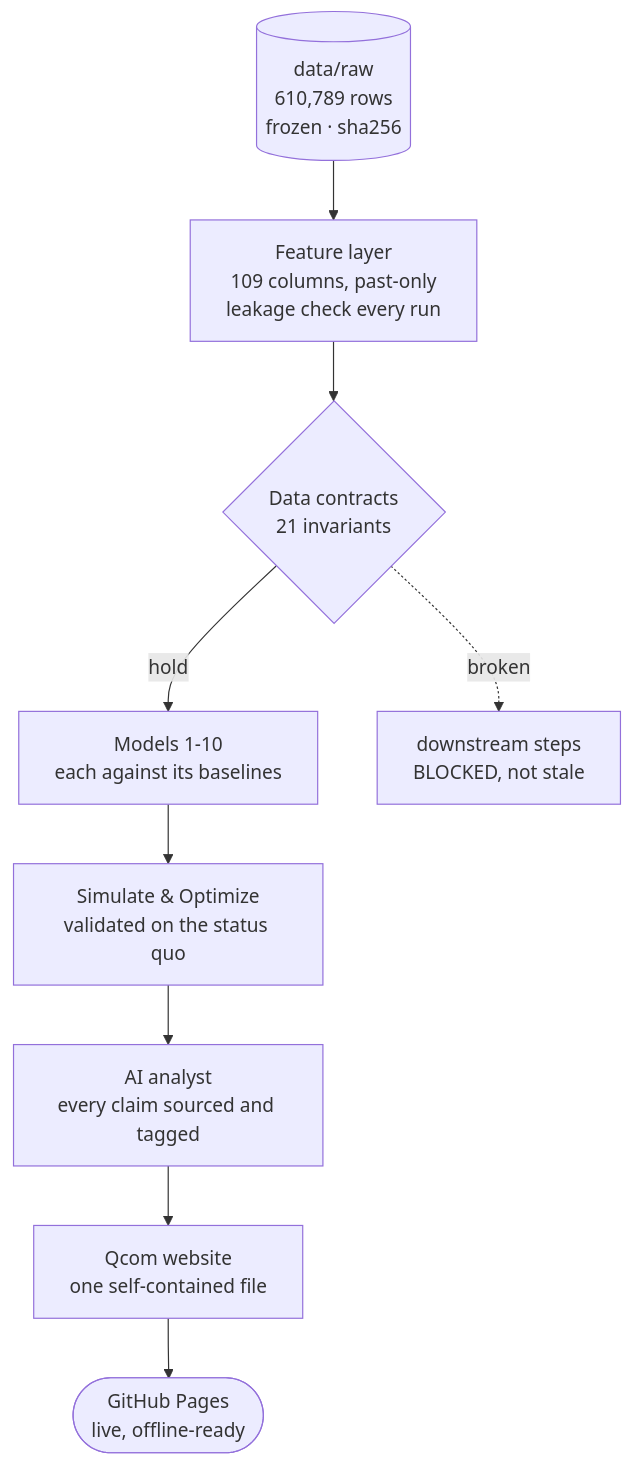
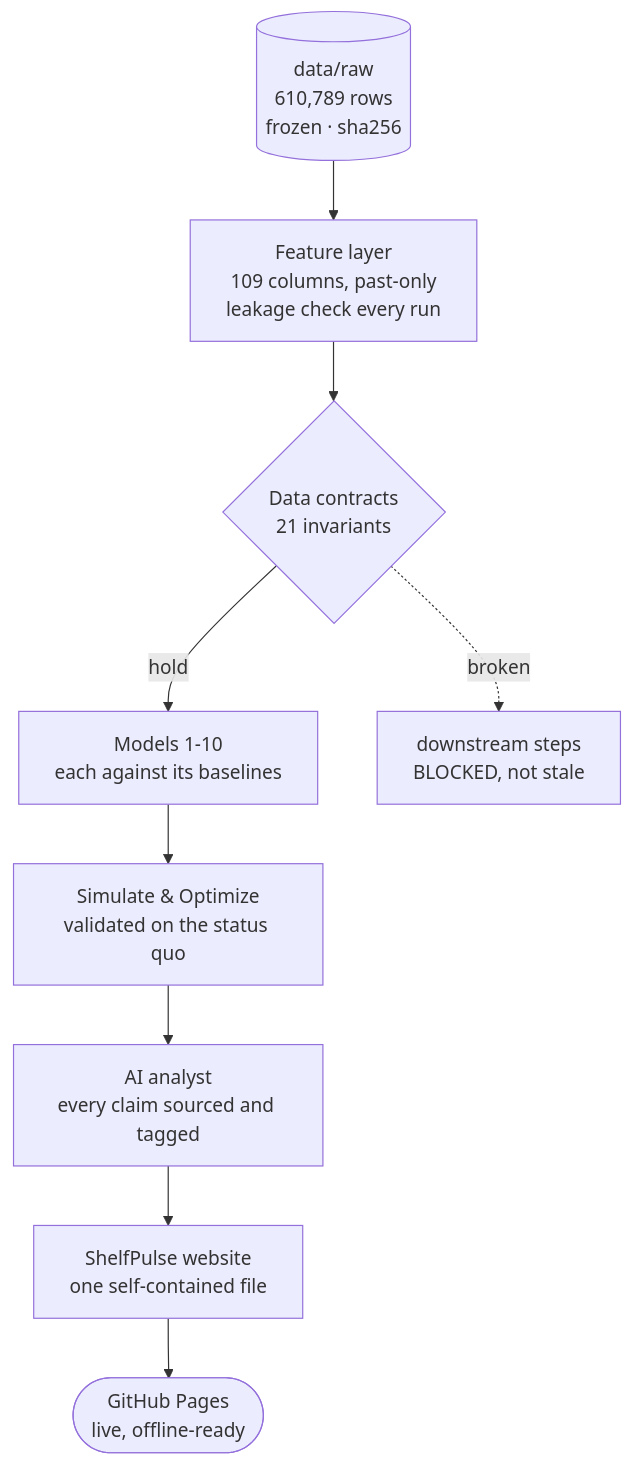
The diagram in README.md (Deepak17kb/quickcommerce-mi), drawn with Mermaid before and after one commit. The commit also changed other lines of this file and 28 other files, not shown here.

First line of the commit message:
Findings first: lead with what the observed day revealed, rename to ShelfPulse

````diff
--- a/README.md
+++ b/README.md
@@ -184,11 +187,11 @@
 ```mermaid
 flowchart TB
     raw[("data/raw<br/>610,789 rows<br/>frozen · sha256")] --> feat["Feature layer<br/>109 columns, past-only<br/>leakage check every run"]
     feat --> gate{"Data contracts<br/>21 invariants"}
     gate -- hold --> models["Models 1-10<br/>each against its baselines"]
     gate -. broken .-> stop["downstream steps<br/>BLOCKED, not stale"]
     models --> sim["Simulate & Optimize<br/>validated on the status quo"]
     sim --> analyst["AI analyst<br/>every claim sourced and tagged"]
-    analyst --> site["Qcom website<br/>one self-contained file"]
+    analyst --> site["ShelfPulse website<br/>one self-contained file"]
     site --> pages(["GitHub Pages<br/>live, offline-ready"])
 ```
````
